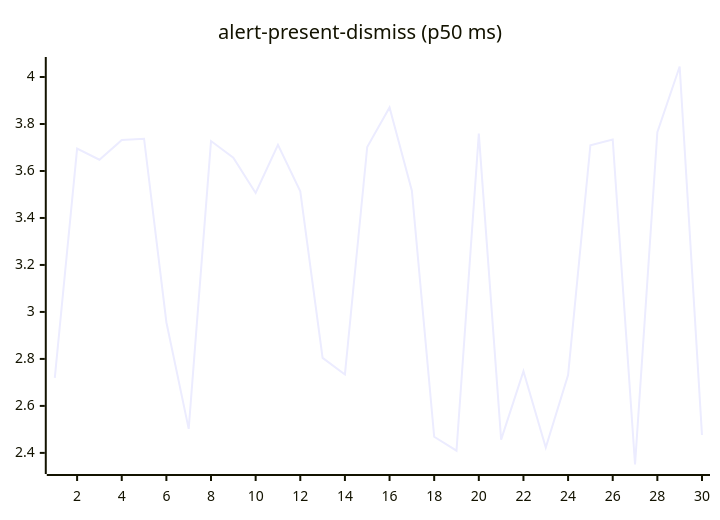
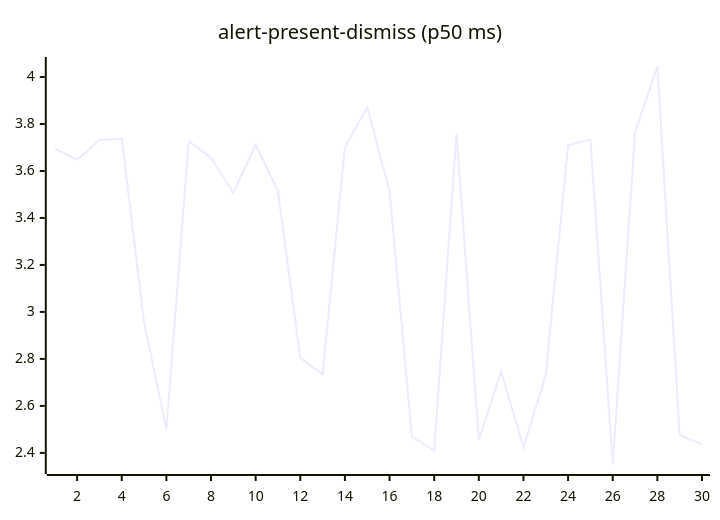
Before and after one commit to josha/Facet: the second of 27 diagrams in README.md, drawn with Mermaid. The commit also changed other lines of this file and 2 other files, not shown here.

````diff
--- a/README.md
+++ b/README.md
@@ -70,6 +70,6 @@
 ```mermaid
 xychart-beta
     title "alert-present-dismiss (p50 ms)"
     x-axis 1 --> 30
-    line [2.7195, 3.6955, 3.6480, 3.7318, 3.7373, 2.9562, 2.5024, 3.7273, 3.6562, 3.5064, 3.7112, 3.5136, 2.8044, 2.7337, 3.7022, 3.8703, 3.5157, 2.4688, 2.4093, 3.7592, 2.4564, 2.7475, 2.4232, 2.7312, 3.7096, 3.7340, 2.3506, 3.7650, 4.0447, 2.4759]
+    line [3.6955, 3.6480, 3.7318, 3.7373, 2.9562, 2.5024, 3.7273, 3.6562, 3.5064, 3.7112, 3.5136, 2.8044, 2.7337, 3.7022, 3.8703, 3.5157, 2.4688, 2.4093, 3.7592, 2.4564, 2.7475, 2.4232, 2.7312, 3.7096, 3.7340, 2.3506, 3.7650, 4.0447, 2.4759, 2.4363]
 ```
````
